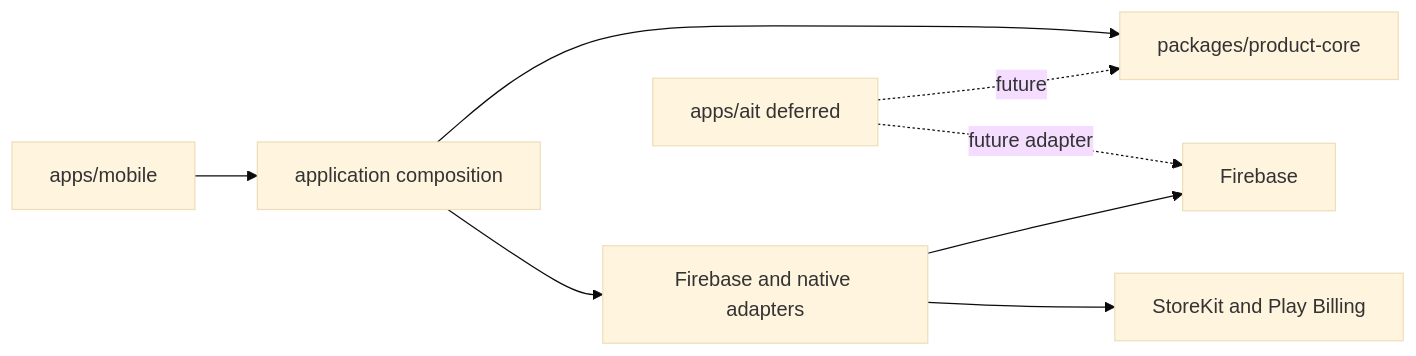
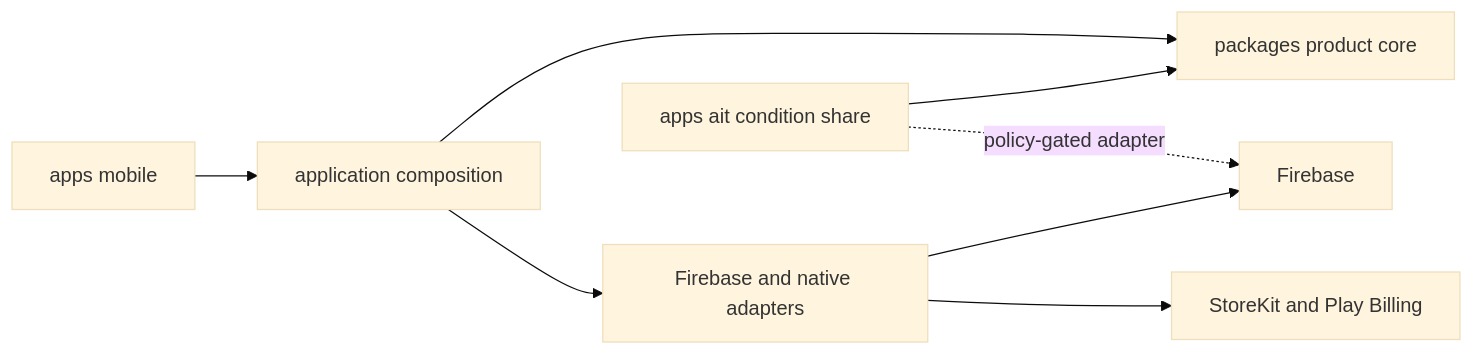
One commit to seorilabs/cycle-pair changed the first of 3 diagrams in docs/architecture.md. Above: the diagram before and after it, drawn with Mermaid (base theme). The commit also changed other lines of this file and 69 other files, not shown here.

First line of the commit message:
앱 이름 확정 및 Google Play·AppsInToss 빌드 구성 (#4)

```diff
--- a/docs/architecture.md
+++ b/docs/architecture.md
@@ -13,10 +13,10 @@
 ~~~mermaid
 flowchart LR
-  UI[apps/mobile] --> APP[application composition]
-  APP --> CORE[packages/product-core]
-  APP --> ADAPTERS[Firebase and native adapters]
-  ADAPTERS --> FB[Firebase]
-  ADAPTERS --> STORE[StoreKit and Play Billing]
-  AIT[apps/ait deferred] -. future .-> CORE
-  AIT -. future adapter .-> FB
+  UI["apps mobile"] --> APP["application composition"]
+  APP --> CORE["packages product core"]
+  APP --> ADAPTERS["Firebase and native adapters"]
+  ADAPTERS --> FB["Firebase"]
+  ADAPTERS --> STORE["StoreKit and Play Billing"]
+  AIT["apps ait condition share"] --> CORE
+  AIT -. policy-gated adapter .-> FB
 ~~~
```
